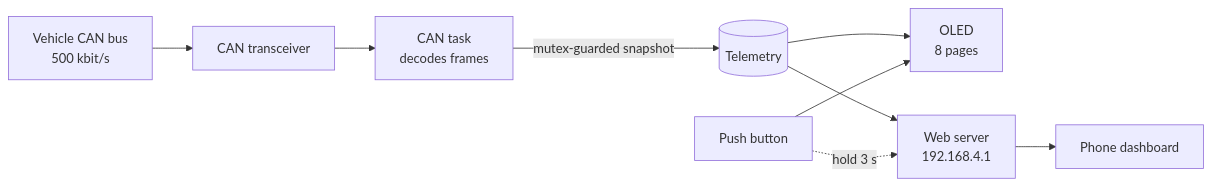
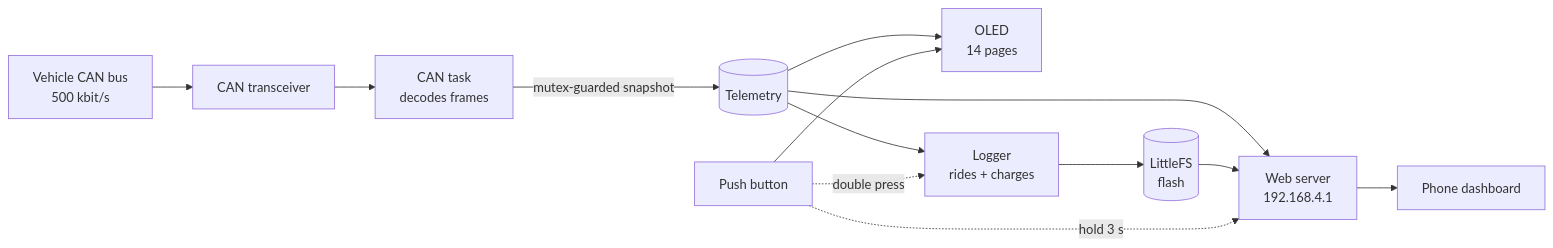
Before and after one commit to CoderHaste/ather-obd-monitor: the diagram in README.md, drawn with Mermaid. The commit also changed other lines of this file, not shown here.

````diff
--- a/README.md
+++ b/README.md
@@ -170,11 +244,15 @@
 ```mermaid
 flowchart LR
     V[Vehicle CAN bus<br/>500 kbit/s] --> T[CAN transceiver]
     T --> C[CAN task<br/>decodes frames]
     C -->|mutex-guarded snapshot| S[(Telemetry)]
-    S --> O[OLED<br/>8 pages]
+    S --> O[OLED<br/>14 pages]
+    S --> L[Logger<br/>rides + charges]
+    L --> F[(LittleFS<br/>flash)]
     S --> W[Web server<br/>192.168.4.1]
+    F --> W
     B[Push button] --> O
+    B -. double press .-> L
     B -. hold 3 s .-> W
     W --> P[Phone dashboard]
 ```
````
